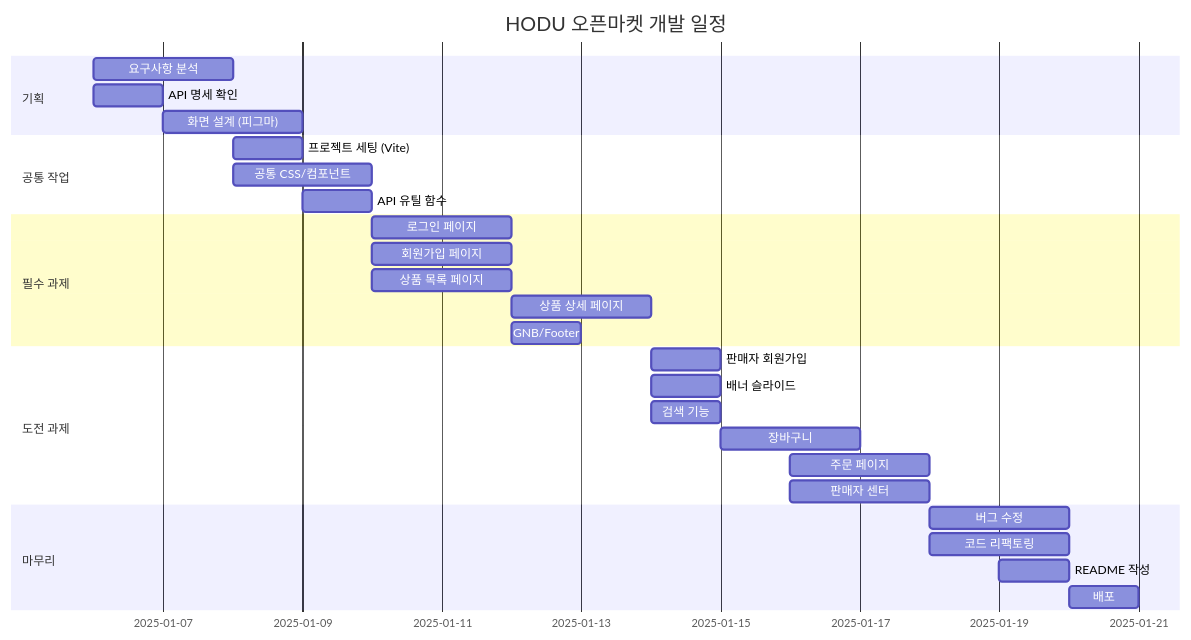
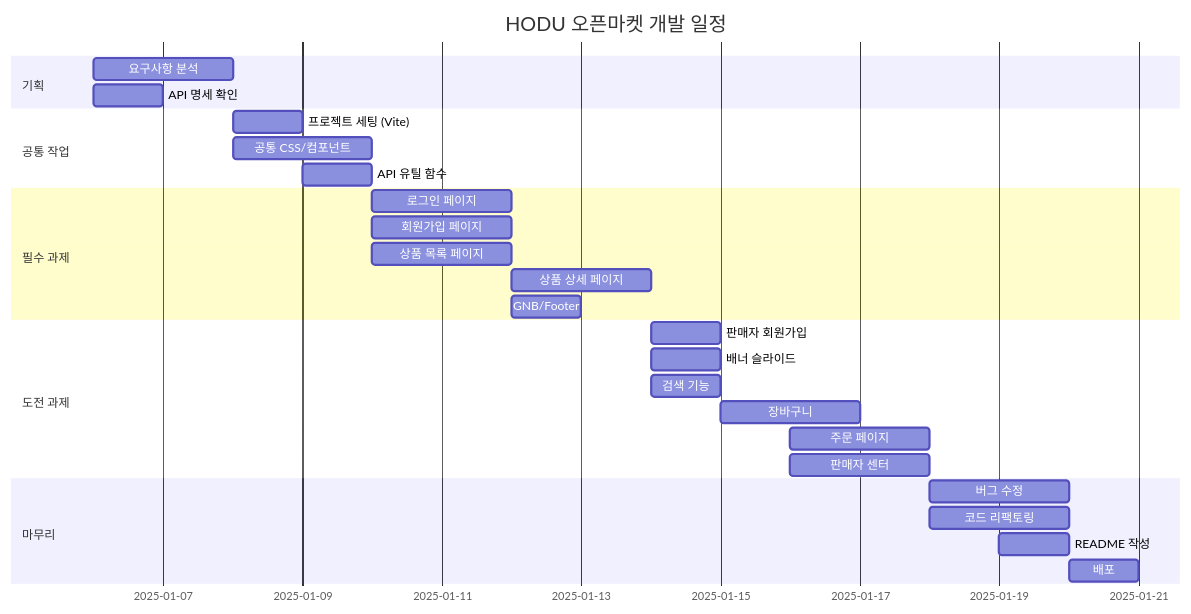
One commit to Open-Learn-Team/open-market changed the fifth of 10 diagrams in README.md. Above: the diagram before and after it, drawn with Mermaid.

````diff
--- a/README.md
+++ b/README.md
@@ -302,36 +302,35 @@
 ```mermaid
 gantt
     title HODU 오픈마켓 개발 일정
     dateFormat YYYY-MM-DD
     
     section 기획
         요구사항 분석         :2025-01-06, 2d
         API 명세 확인         :2025-01-06, 1d
-        화면 설계 (피그마)    :2025-01-07, 2d
     
     section 공통 작업
         프로젝트 세팅 (Vite)  :2025-01-08, 1d
         공통 CSS/컴포넌트     :2025-01-08, 2d
         API 유틸 함수         :2025-01-09, 1d
     
     section 필수 과제
         로그인 페이지         :2025-01-10, 2d
         회원가입 페이지       :2025-01-10, 2d
         상품 목록 페이지      :2025-01-10, 2d
         상품 상세 페이지      :2025-01-12, 2d
         GNB/Footer            :2025-01-12, 1d
     
     section 도전 과제
         판매자 회원가입       :2025-01-14, 1d
         배너 슬라이드         :2025-01-14, 1d
         검색 기능             :2025-01-14, 1d
         장바구니              :2025-01-15, 2d
         주문 페이지           :2025-01-16, 2d
         판매자 센터           :2025-01-16, 2d
     
     section 마무리
         버그 수정             :2025-01-18, 2d
         코드 리팩토링         :2025-01-18, 2d
         README 작성           :2025-01-19, 1d
         배포                  :2025-01-20, 1d
 ```
````
